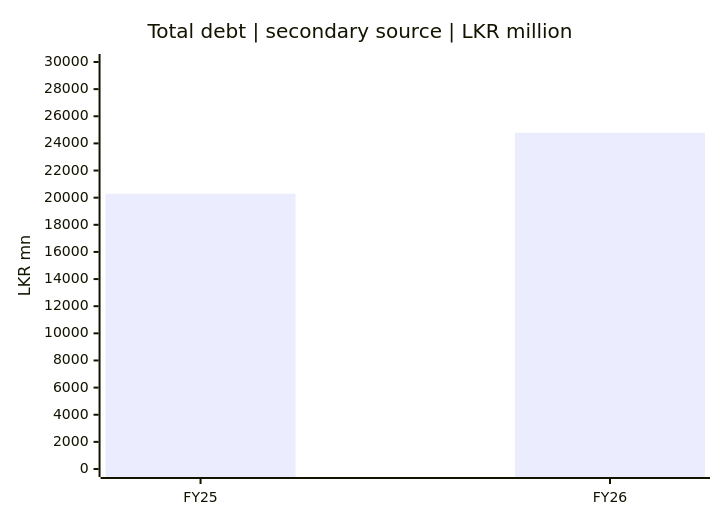
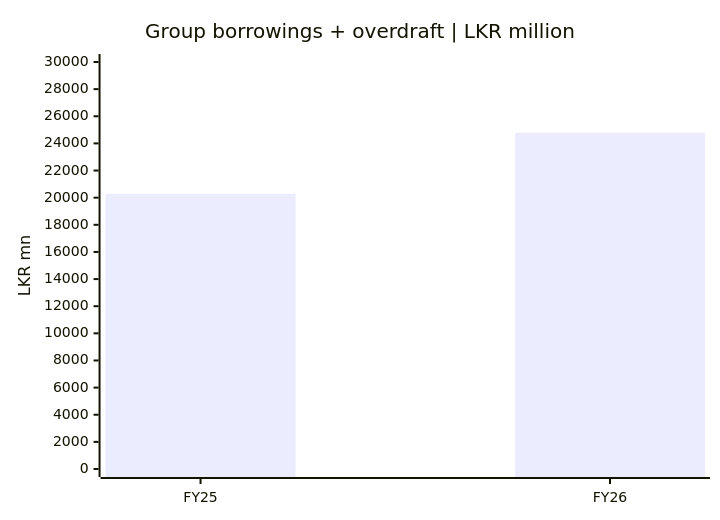
The fourth of 4 diagrams in si/reports/financial-pulse.md (Gajarthan/SCAP-N0000-Research), drawn with Mermaid before and after one commit. The commit also changed other lines of this file and 5 other files, not shown here.

Commit message:
research: reconcile FY25-FY26 SCAP financial charts and snapshots against original CSE interim statements in EN/TA/SI

````diff
--- a/si/reports/financial-pulse.md
+++ b/si/reports/financial-pulse.md
@@ -47,7 +47,7 @@
 ```mermaid
 xychart-beta
-  title "Total debt | secondary source | LKR million"
+  title "Group borrowings + overdraft | LKR million"
   x-axis ["FY25", "FY26"]
   y-axis "LKR mn" 0 --> 30000
-  bar [20286, 24781]
+  bar [20285.82, 24781.48]
 ```
````
